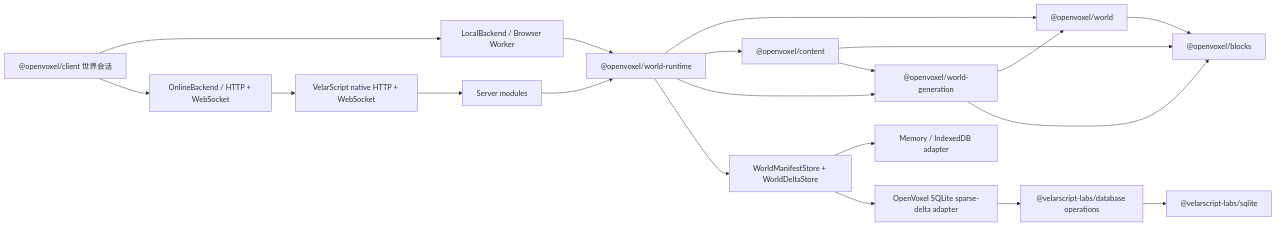
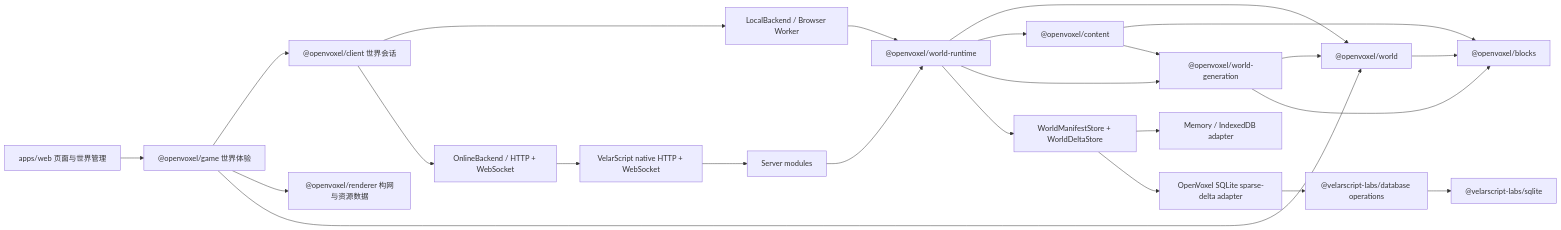
Before and after one commit to VelarOS-AI/openvoxel: the diagram in README.md, drawn with Mermaid. The commit also changed other lines of this file and 159 other files, not shown here.

````diff
--- a/README.md
+++ b/README.md
@@ -73,22 +73,26 @@
 ```mermaid
 flowchart LR
+    Web["apps/web 页面与世界管理"] --> Game["@openvoxel/game 世界体验"]
+    Game --> C
+    Game --> Renderer["@openvoxel/renderer 构网与资源数据"]
+    Game --> W
     C["@openvoxel/client 世界会话"] --> L["LocalBackend / Browser Worker"]
     C --> O["OnlineBackend / HTTP + WebSocket"]
     L --> R["@openvoxel/world-runtime"]
     O --> N["VelarScript native HTTP + WebSocket"]
     N --> M["Server modules"]
     M --> R
     R --> W["@openvoxel/world"]
     R --> K["@openvoxel/content"]
     K --> B
     K --> G
     R --> G["@openvoxel/world-generation"]
     G --> W
     W --> B["@openvoxel/blocks"]
     G --> B
     R --> P["WorldManifestStore + WorldDeltaStore"]
     P --> I["Memory / IndexedDB adapter"]
     P --> Q["OpenVoxel SQLite sparse-delta adapter"]
     Q --> A["@velarscript-labs/database operations"]
     A --> S["@velarscript-labs/sqlite"]
 ```
````
